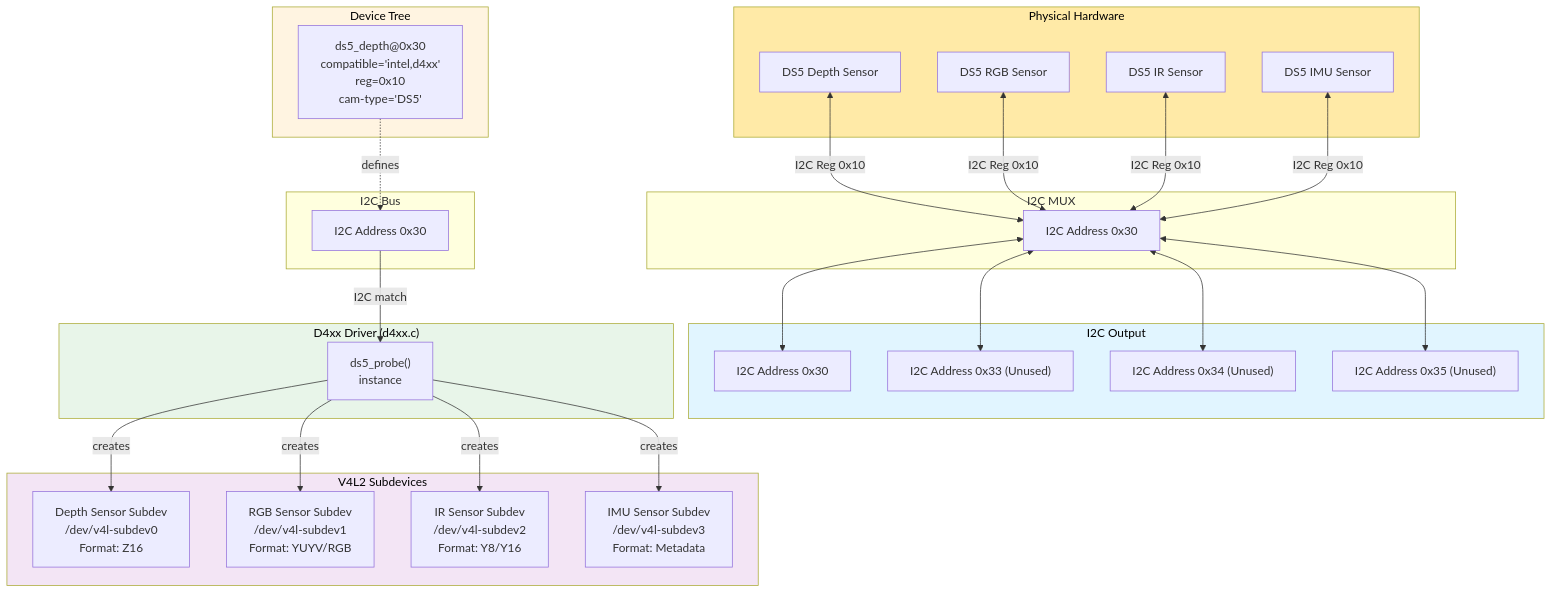
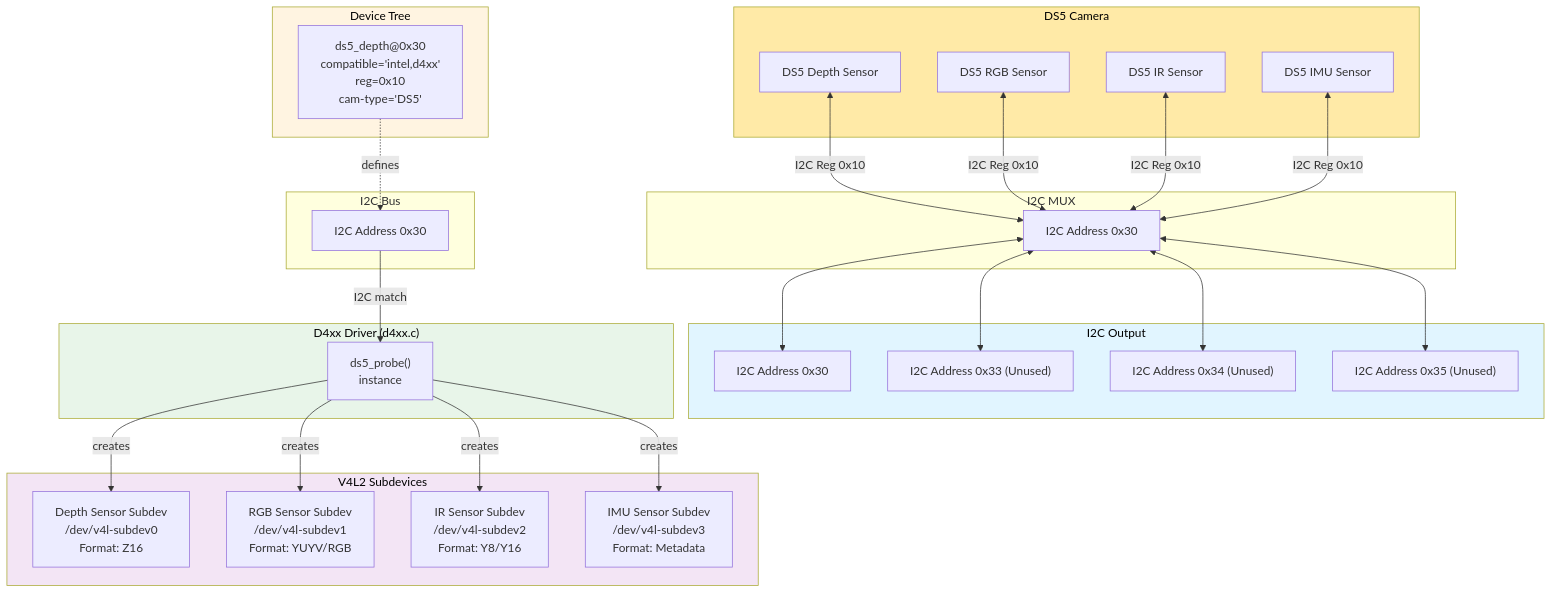
Before and after one commit to realsenseai/realsense_mipi_platform_driver: the first of 14 diagrams in probe_flow_sequence_diagram_single_bus.md, drawn with Mermaid.

````diff
--- a/probe_flow_sequence_diagram_single_bus.md
+++ b/probe_flow_sequence_diagram_single_bus.md
@@ -9,69 +9,69 @@
 ```mermaid
 graph TB
     subgraph I2C_Addr["I2C MUX"]
         I2C_Bus_0x30["I2C Address 0x30"]
     end
 
     subgraph I2C_Out["I2C Output"]
         I2C_Out_0x30["I2C Address 0x30"]
         I2C_Out_0x33["I2C Address 0x33 (Unused)"]
         I2C_Out_0x34["I2C Address 0x34 (Unused)"]
         I2C_Out_0x35["I2C Address 0x35 (Unused)"]
     end
 
     subgraph I2C_Bus["I2C Bus"]
         I2C_Addr_0x30["I2C Address 0x30"]
     end
 
     subgraph DT["Device Tree"]
         DT_Depth["ds5_depth@0x30<br/>compatible='intel,d4xx'<br/>reg=0x10<br/>cam-type='DS5'"]
     end
 
     subgraph Driver["D4xx Driver (d4xx.c)"]
         Probe_DS5["ds5_probe()<br/>instance"]
     end
 
     subgraph V4L2_Subdevs["V4L2 Subdevices"]
         V4L2_Depth["Depth Sensor Subdev<br/>/dev/v4l-subdev0<br/>Format: Z16"]
         V4L2_RGB["RGB Sensor Subdev<br/>/dev/v4l-subdev1<br/>Format: YUYV/RGB"]
         V4L2_IR["IR Sensor Subdev<br/>/dev/v4l-subdev2<br/>Format: Y8/Y16"]
         V4L2_IMU["IMU Sensor Subdev<br/>/dev/v4l-subdev3<br/>Format: Metadata"]
     end
 
-    subgraph Hardware["Physical Hardware"]
+    subgraph Hardware["DS5 Camera"]
         HW_Depth["DS5 Depth Sensor"]
         HW_RGB["DS5 RGB Sensor"]
         HW_IR["DS5 IR Sensor"]
         HW_IMU["DS5 IMU Sensor"]
     end
 
     %% Device Tree to I2C Address
     DT_Depth -.->|defines| I2C_Addr_0x30
 
     %% I2C to Driver Probe
     I2C_Addr_0x30 -->|I2C match| Probe_DS5
 
     %% Driver to V4L2 Subdevices
     Probe_DS5 -->|creates| V4L2_Depth
     Probe_DS5 -->|creates| V4L2_RGB
     Probe_DS5 -->|creates| V4L2_IR
     Probe_DS5 -->|creates| V4L2_IMU
 
     %% Hardware connection
     HW_Depth <-->|I2C Reg 0x10| I2C_Bus_0x30
     HW_RGB <-->|I2C Reg 0x10| I2C_Bus_0x30
     HW_IR <-->|I2C Reg 0x10| I2C_Bus_0x30
     HW_IMU <-->|I2C Reg 0x10| I2C_Bus_0x30
 
     %% Mux Output
     I2C_Bus_0x30 <--> I2C_Out_0x30
     I2C_Bus_0x30 <--> I2C_Out_0x33
     I2C_Bus_0x30 <--> I2C_Out_0x34
     I2C_Bus_0x30 <--> I2C_Out_0x35
     
     style I2C_Out fill:#e1f5ff,color:#000000
     style DT fill:#fff4e1,color:#000000
     style Driver fill:#e8f5e9,color:#000000
     style V4L2_Subdevs fill:#f3e5f5,color:#000000
     style Hardware fill:#ffeaa7,color:#000000
 ```
````
